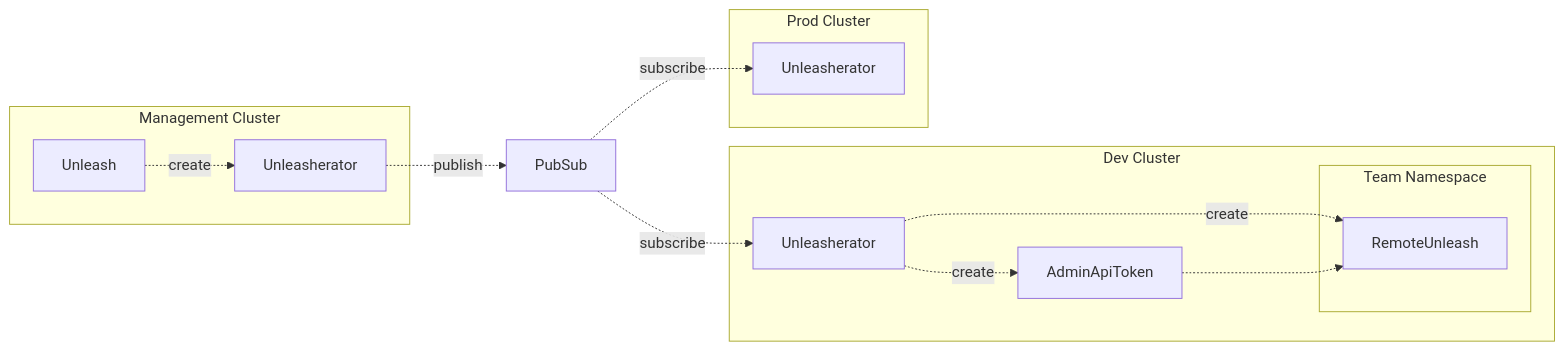
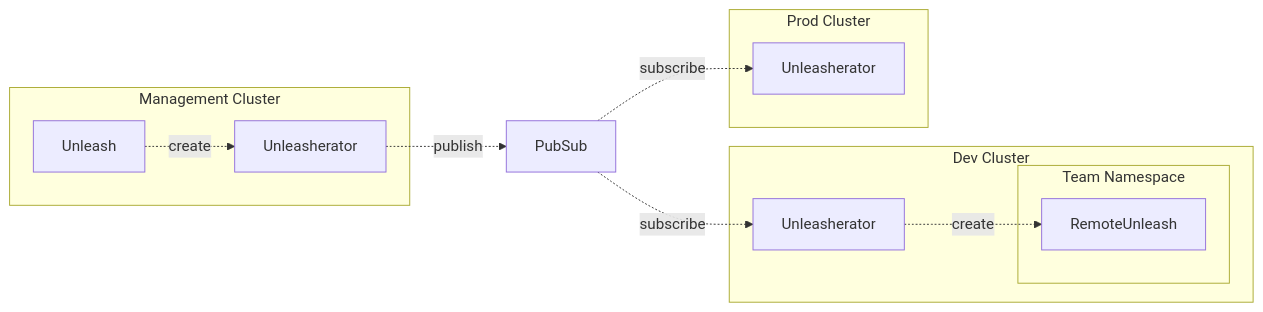
One commit to nais/unleasherator changed the diagram in docs/federation.md. Above: the diagram before and after it, drawn with Mermaid. The commit also changed other lines of this file, not shown here.

````diff
--- a/docs/federation.md
+++ b/docs/federation.md
@@ -5,33 +5,29 @@
 ```mermaid
 graph LR
   pubsub[PubSub]
 
   subgraph Management Cluster
     mng-unleasherator[Unleasherator]
     mng-team-a-unleash[Unleash]
   end
 
   subgraph Dev Cluster
     dev-unleasherator[Unleasherator]
-    dev-team-a-unleash-token[AdminApiToken]
 
     subgraph team-a-dev[Team Namespace]
       dev-team-a-unleash[RemoteUnleash]
     end
   end
 
   subgraph Prod Cluster
     prod-unleasherator[Unleasherator]
   end
 
   mng-team-a-unleash-.create.->mng-unleasherator
 
   mng-unleasherator-.publish.->pubsub
   pubsub-.subscribe.->dev-unleasherator
   pubsub-.subscribe.->prod-unleasherator
 
   dev-unleasherator-.create.->dev-team-a-unleash
-  dev-unleasherator-.create.->dev-team-a-unleash-token
-
-  dev-team-a-unleash-token-..->dev-team-a-unleash
 ```
````
